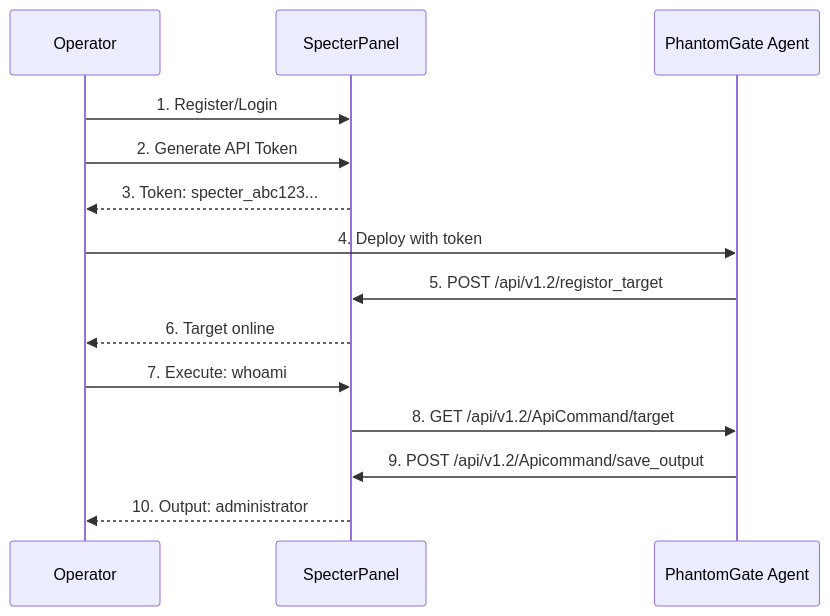
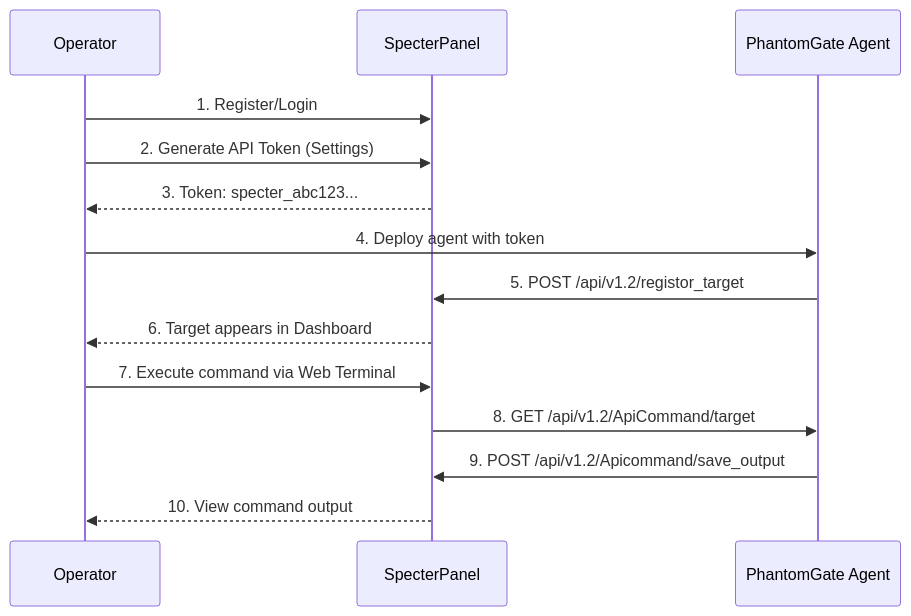
The second of 2 diagrams in README.md (omerKkemal/oh-tool-v2), drawn with Mermaid before and after one commit. The commit also changed other lines of this file, not shown here.

````diff
--- a/README.md
+++ b/README.md
@@ -256,17 +296,17 @@
 ```mermaid
 sequenceDiagram
     participant 👤 as Operator
     participant 🖥️ as SpecterPanel
     participant 📡 as PhantomGate Agent
     
     👤->>🖥️: 1. Register/Login
-    👤->>🖥️: 2. Generate API Token
+    👤->>🖥️: 2. Generate API Token (Settings)
     🖥️-->>👤: 3. Token: specter_abc123...
-    👤->>📡: 4. Deploy with token
+    👤->>📡: 4. Deploy agent with token
     📡->>🖥️: 5. POST /api/v1.2/registor_target
-    🖥️-->>👤: 6. Target online
-    👤->>🖥️: 7. Execute: whoami
+    🖥️-->>👤: 6. Target appears in Dashboard
+    👤->>🖥️: 7. Execute command via Web Terminal
     🖥️->>📡: 8. GET /api/v1.2/ApiCommand/target
     📡->>🖥️: 9. POST /api/v1.2/Apicommand/save_output
-    🖥️-->>👤: 10. Output: administrator
+    🖥️-->>👤: 10. View command output
 ```
````
